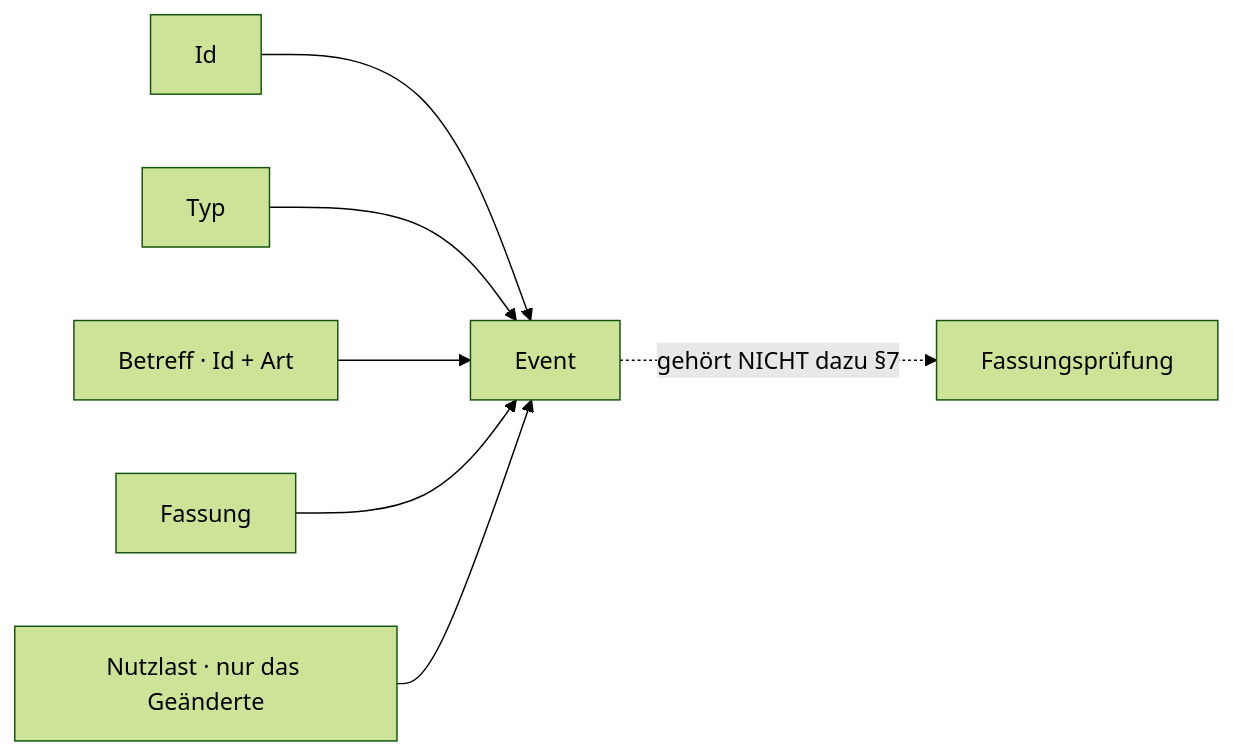
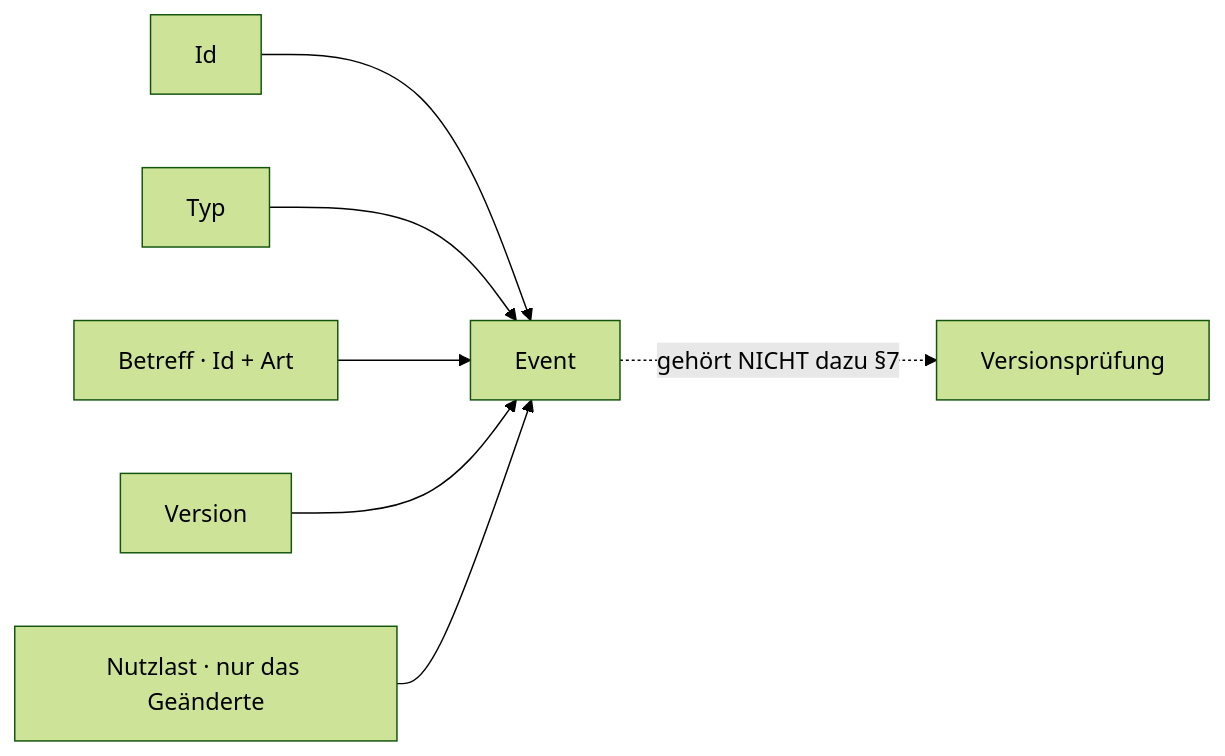
One commit to sfambach/wp-taxonomy-modeler changed the seventh of 10 diagrams in docs/pakete/ereignisse/ist-analyse.md. Above: the diagram before and after it, drawn with Mermaid (forest theme). The commit also changed other lines of this file and 1 other file, not shown here.

First line of the commit message:
Es heisst Version, nicht Fassung

````diff
--- a/docs/pakete/ereignisse/ist-analyse.md
+++ b/docs/pakete/ereignisse/ist-analyse.md
@@ -307,9 +307,9 @@
 ```mermaid
 flowchart LR
   I["Id"] --> E[Event]
   T["Typ"] --> E
   S["Betreff · Id + Art"] --> E
-  V["Fassung"] --> E
+  V["Version"] --> E
   P["Nutzlast · nur das Geänderte"] --> E
-  E -.->|"gehört NICHT dazu §7"| C["Fassungsprüfung"]
+  E -.->|"gehört NICHT dazu §7"| C["Versionsprüfung"]
 ```
````
